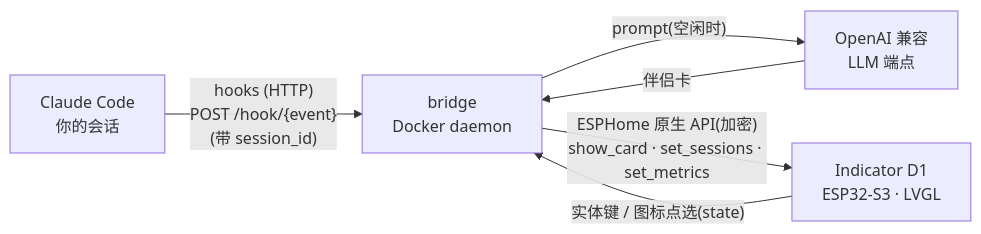
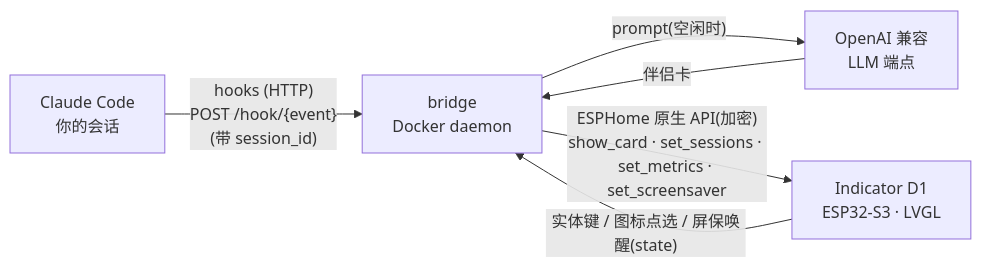
One commit to yufeikang/indicator-ai-companion changed the diagram in README.zh-CN.md. Above: the diagram before and after it, drawn with Mermaid. The commit also changed other lines of this file and 12 other files, not shown here.

````diff
--- a/README.zh-CN.md
+++ b/README.zh-CN.md
@@ -22,13 +23,13 @@
 ```mermaid
 flowchart LR
     CC["Claude Code<br/>你的会话"]
     BR["bridge<br/>Docker daemon"]
     LLM["OpenAI 兼容<br/>LLM 端点"]
     DEV["Indicator D1<br/>ESP32-S3 · LVGL"]
 
     CC -- "hooks (HTTP)<br/>POST /hook/{event}<br/>(带 session_id)" --> BR
     BR -- "prompt(空闲时)" --> LLM
     LLM -- "伴侣卡" --> BR
-    BR -- "ESPHome 原生 API(加密)<br/>show_card · set_sessions · set_metrics" --> DEV
-    DEV -- "实体键 / 图标点选(state)" --> BR
+    BR -- "ESPHome 原生 API(加密)<br/>show_card · set_sessions · set_metrics · set_screensaver" --> DEV
+    DEV -- "实体键 / 图标点选 / 屏保唤醒(state)" --> BR
 ```
````
